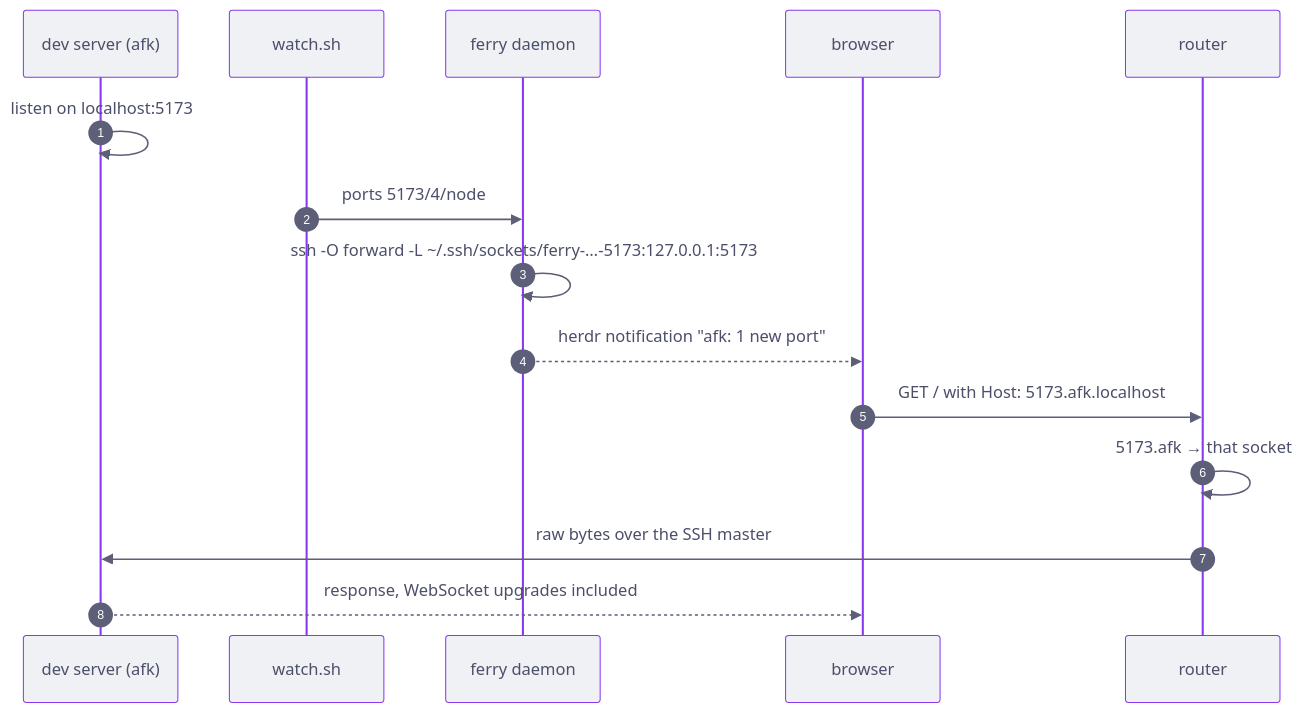
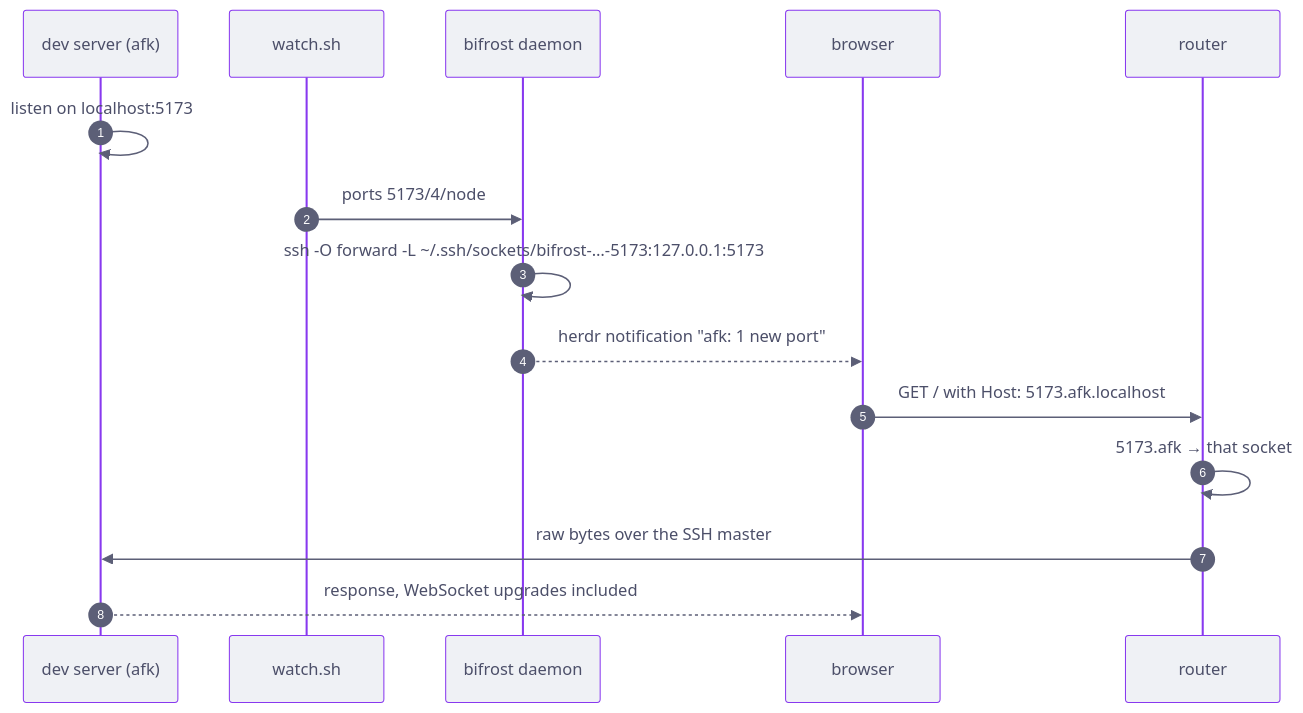
One commit to kujjwal02/bifrost changed the second of 6 diagrams in docs/architecture.md. Above: the diagram before and after it, drawn with Mermaid. The commit also changed other lines of this file and 19 other files, not shown here.

First line of the commit message:
Rename ferry to bifrost (2.0.0)

````diff
--- a/docs/architecture.md
+++ b/docs/architecture.md
@@ -69,18 +69,18 @@
 ```mermaid
 %%{init: {"theme": "base", "themeVariables": {"fontFamily": "ui-sans-serif, system-ui, sans-serif", "fontSize": "15px", "primaryColor": "#eff1f5", "primaryBorderColor": "#8839ef", "primaryTextColor": "#4c4f69", "lineColor": "#7c7f93", "secondaryColor": "#e6e9ef", "tertiaryColor": "#f5f5fa", "edgeLabelBackground": "#ffffff", "actorBkg": "#eff1f5", "actorBorder": "#8839ef", "actorTextColor": "#4c4f69", "signalColor": "#5c5f77", "signalTextColor": "#4c4f69", "sequenceNumberColor": "#ffffff", "labelBoxBkgColor": "#eff1f5"}}}%%
 sequenceDiagram
   autonumber
   participant S as dev server (afk)
   participant W as watch.sh
-  participant D as ferry daemon
+  participant D as bifrost daemon
   participant B as browser
   participant R as router
   S->>S: listen on localhost:5173
   W->>D: ports 5173/4/node
-  D->>D: ssh -O forward -L ~/.ssh/sockets/ferry-…-5173:127.0.0.1:5173
+  D->>D: ssh -O forward -L ~/.ssh/sockets/bifrost-…-5173:127.0.0.1:5173
   D-->>B: herdr notification "afk: 1 new port"
   B->>R: GET / with Host: 5173.afk.localhost
   R->>R: 5173.afk → that socket
   R->>S: raw bytes over the SSH master
   S-->>B: response, WebSocket upgrades included
 ```
````
